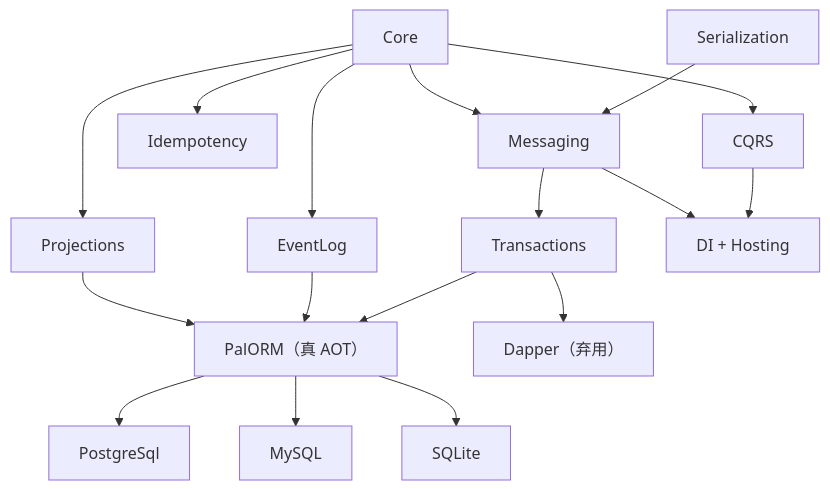
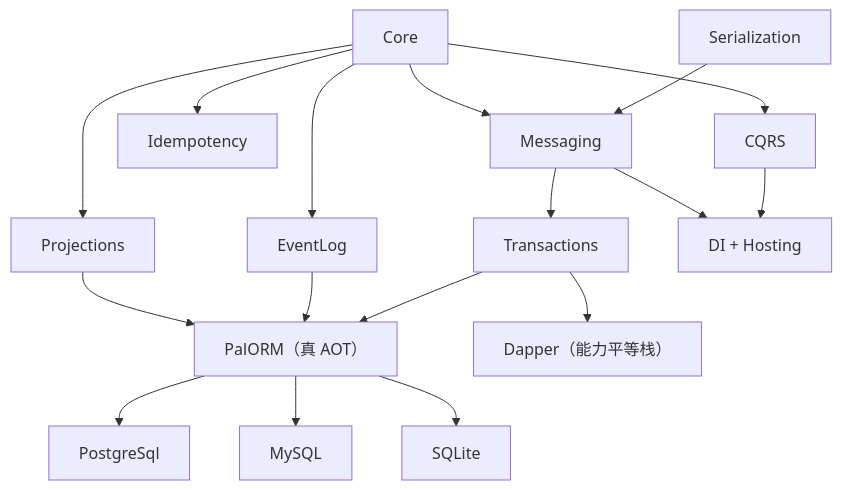
One commit to yuebo119/PalDDD changed the diagram in README.md. Above: the diagram before and after it, drawn with Mermaid. The commit also changed other lines of this file and 35 other files, not shown here.

````diff
--- a/README.md
+++ b/README.md
@@ -843,19 +843,19 @@
 ```mermaid
 flowchart TB
     Core --> CQRS
     Core --> EventLog
     Core --> Idempotency
     Core --> Projections
     Serialization --> Messaging
     Core --> Messaging
     Messaging --> Transactions
     CQRS --> DI[DI + Hosting]
     Messaging --> DI
     Transactions --> PalORM["PalORM（真 AOT）"]
     EventLog --> PalORM
     Projections --> PalORM
-    Transactions --> Dapper["Dapper（弃用）"]
+    Transactions --> Dapper["Dapper（能力平等栈）"]
     PalORM --> PG[PostgreSql]
     PalORM --> MySQL
     PalORM --> SQLite
 ```
````
